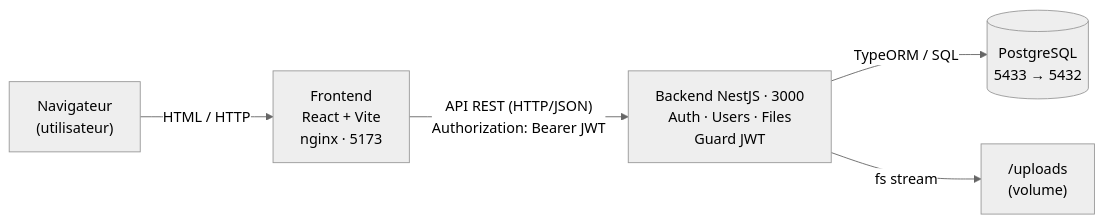
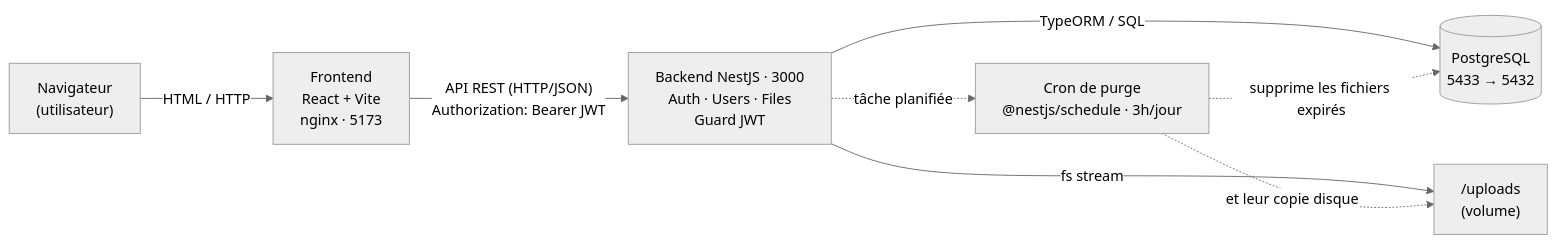
Before and after one commit to Noemie1931/datashare: the diagram in docs/ARCHITECTURE.md, drawn with Mermaid (neutral theme). The commit also changed other lines of this file and 9 other files, not shown here.

````diff
--- a/docs/ARCHITECTURE.md
+++ b/docs/ARCHITECTURE.md
@@ -28,7 +30,10 @@
 ```mermaid
 graph LR
   U["Navigateur<br/>(utilisateur)"] -->|HTML / HTTP| F["Frontend<br/>React + Vite<br/>nginx · 5173"]
   F -->|"API REST (HTTP/JSON)<br/>Authorization: Bearer JWT"| B["Backend NestJS · 3000<br/>Auth · Users · Files<br/>Guard JWT"]
   B -->|TypeORM / SQL| D[("PostgreSQL<br/>5433 → 5432")]
   B -->|fs stream| S["/uploads<br/>(volume)"]
+  B -.->|tâche planifiée| C["Cron de purge<br/>@nestjs/schedule · 3h/jour"]
+  C -.->|supprime les fichiers expirés| D
+  C -.->|et leur copie disque| S
 ```
````
